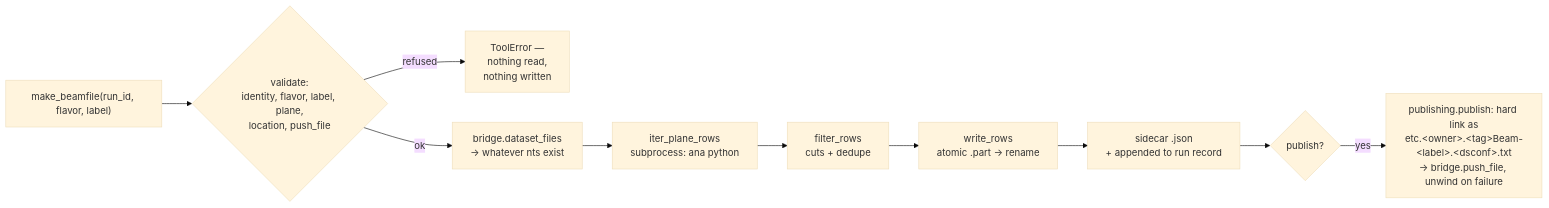
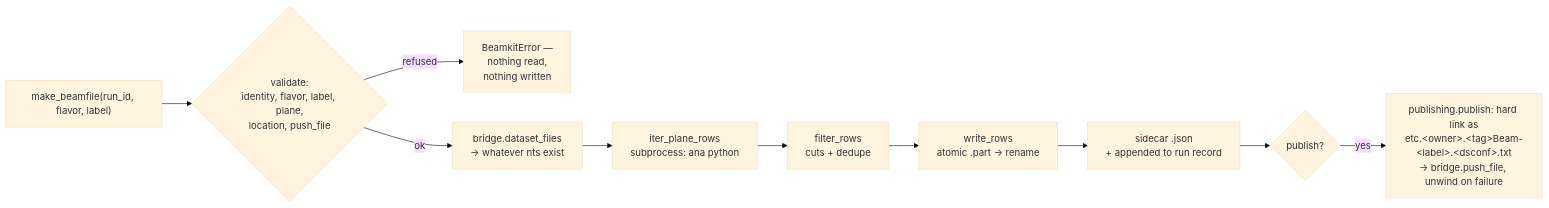
The third of 3 diagrams in docs/architecture.md (oksuzian/beamkit), drawn with Mermaid (base theme) before and after one commit. The commit also changed other lines of this file and 15 other files, not shown here.

````diff
--- a/docs/architecture.md
+++ b/docs/architecture.md
@@ -152,12 +152,12 @@
 ```mermaid
 graph LR
     A["make_beamfile(run_id, flavor, label)"] --> B{"validate:<br/>identity, flavor, label, plane,<br/>location, push_file"}
-    B -->|refused| X["ToolError —<br/>nothing read,<br/>nothing written"]
+    B -->|refused| X["BeamkitError —<br/>nothing read,<br/>nothing written"]
     B -->|ok| C["bridge.dataset_files<br/>→ whatever nts exist"]
     C --> D["iter_plane_rows<br/>subprocess: ana python"]
     D --> E["filter_rows<br/>cuts + dedupe"]
     E --> F["write_rows<br/>atomic .part → rename"]
     F --> G["sidecar .json<br/>+ appended to run record"]
     G --> H{"publish?"}
     H -->|yes| I["publishing.publish: hard link as<br/>etc.&lt;owner&gt;.&lt;tag&gt;Beam-&lt;label&gt;.&lt;dsconf&gt;.txt<br/>→ bridge.push_file, unwind on failure"]
 ```
````
